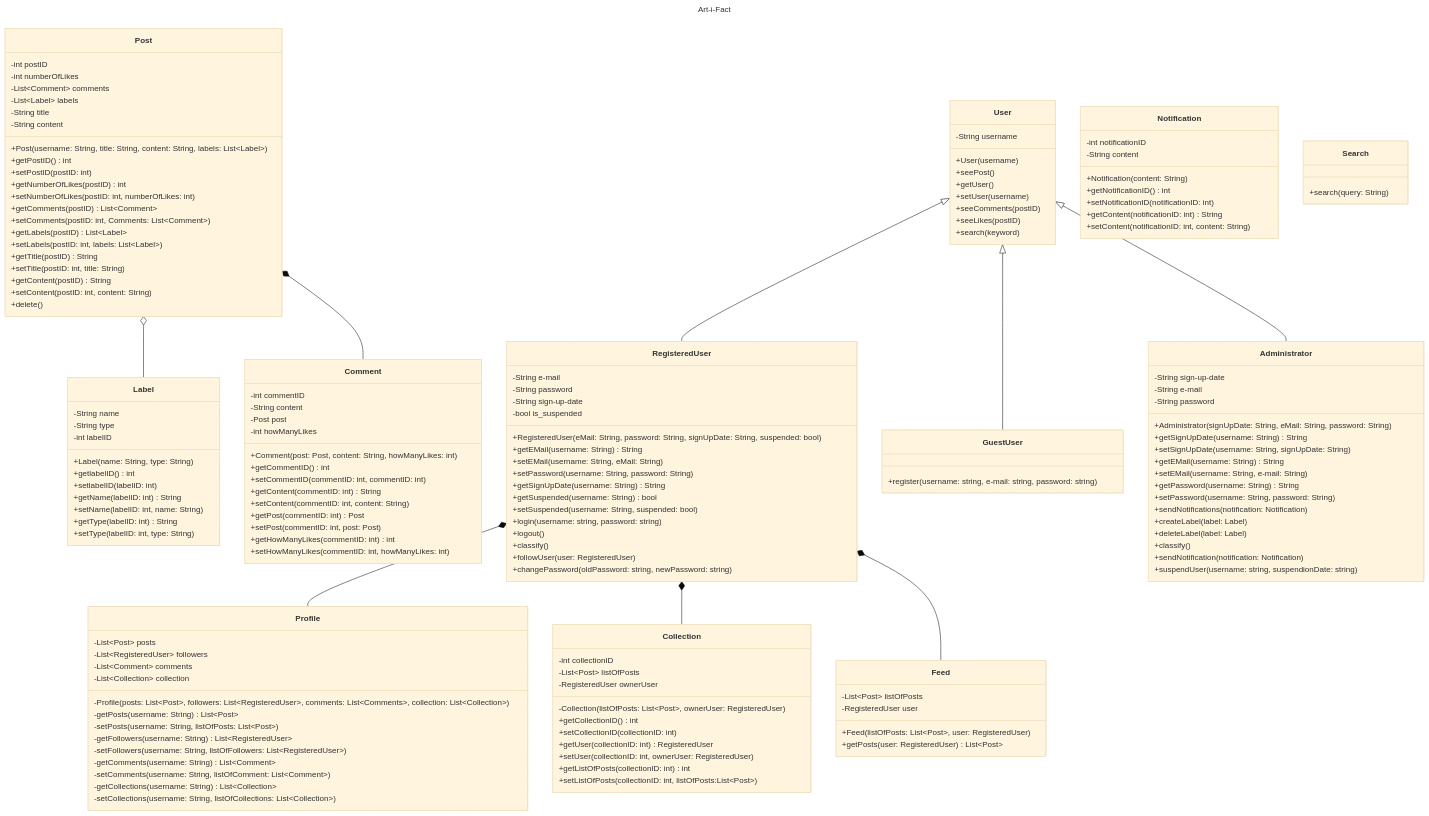
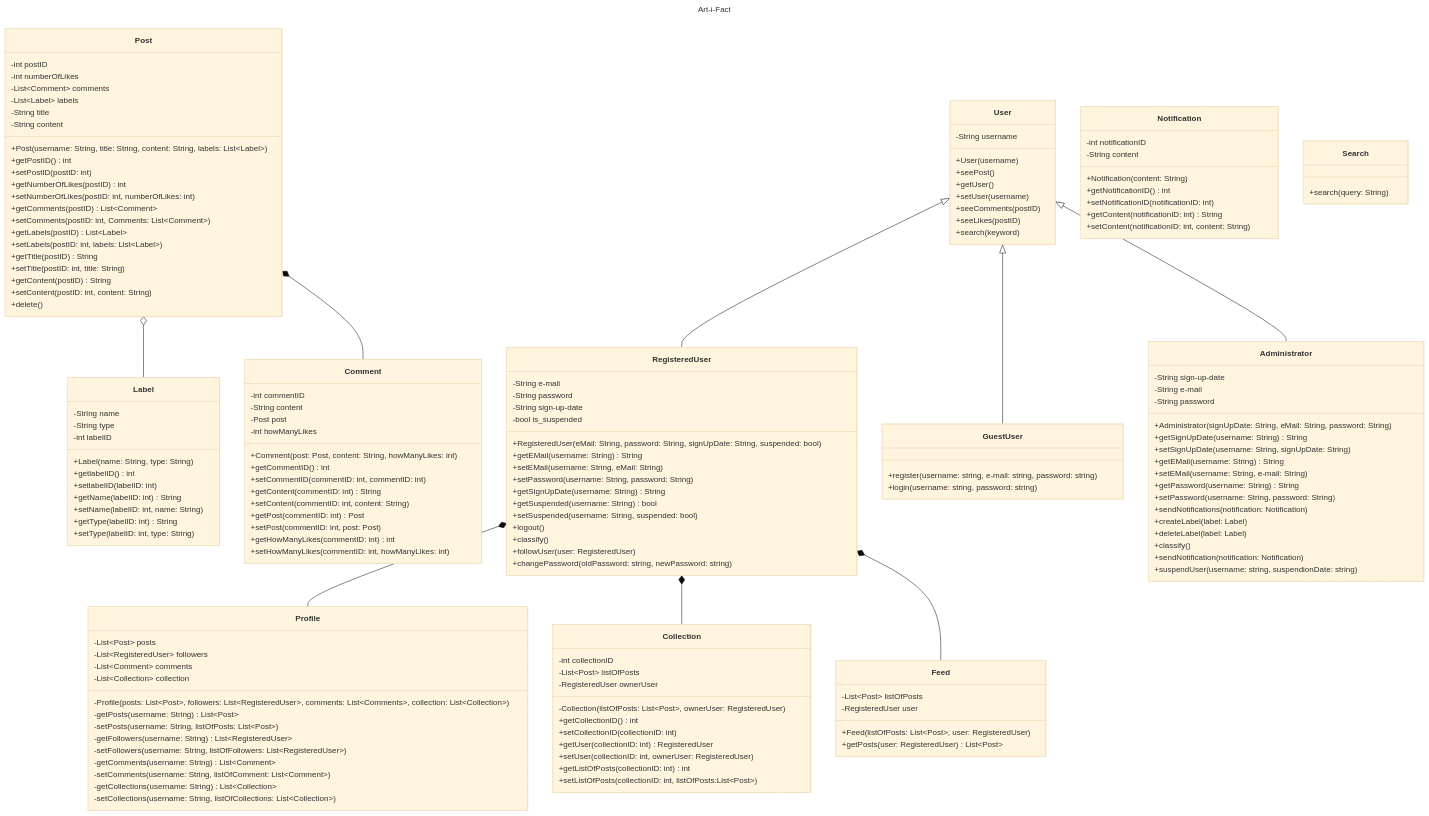
One commit to bounswe/bounswe2024group7 changed the diagram in Class-Diagram.mmd. Above: the diagram before and after it, drawn with Mermaid (base theme). The commit also changed other lines of this file, not shown here.

```diff
--- a/Class-Diagram.mmd
+++ b/Class-Diagram.mmd
@@ -1,154 +1,154 @@
 ---
 title: Art-i-Fact
 ---
 classDiagram
     Post o-- Label    
     RegisteredUser *-- Profile
     User <|-- RegisteredUser
     User <|-- GuestUser
     User <|-- Administrator
     RegisteredUser *-- Collection
     RegisteredUser *-- Feed
     Post *-- Comment
 
     User : -String username
     User: +User(username)
     User: +seePost()
     User: +getUser()
     User: +setUser(username)
     User: +seeComments(postID)
     User: +seeLikes(postID)
     User: +search(keyword)
     class RegisteredUser{
         -String e-mail
         -String password
         -String sign-up-date
         -bool is_suspended
         +RegisteredUser(eMail: String, password: String, signUpDate: String, suspended: bool)
         +getEMail(username: String) String
         +setEMail(username: String, eMail: String)
         +setPassword(username: String, password: String)
         +getSignUpDate(username: String) String
         +getSuspended(username: String) bool
         +setSuspended(username: String, suspended: bool)
-        +login(username: string, password: string)
         +logout()
         +classify()
         +followUser(user: RegisteredUser)
         +changePassword(oldPassword: string, newPassword: string)
     }
     class GuestUser{
         +register(username: string, e-mail: string, password: string)
+        +login(username: string, password: string)
     }
     class Administrator{
         -String sign-up-date
         -String e-mail
         -String password
         +Administrator(signUpDate: String, eMail: String, password: String)
         +getSignUpDate(username: String) String
         +setSignUpDate(username: String, signUpDate: String)
         +getEMail(username: String) String
         +setEMail(username: String, e-mail: String)
         +getPassword(username: String) String
         +setPassword(username: String, password: String)
         +sendNotifications(notification: Notification)
         +createLabel(label: Label)
         +deleteLabel(label: Label)
         +classify()
         +sendNotification(notification: Notification)
         +suspendUser(username: string, suspendionDate: string)
     }
     class Post{
         -int postID
         -int numberOfLikes
         -List~Comment~ comments
         -List~Label~ labels
         -String title
         -String content
         +Post(username: String, title: String, content: String, labels: List~Label~)
         +getPostID() int
         +setPostID(postID: int)
         +getNumberOfLikes(postID) int
         +setNumberOfLikes(postID: int, numberOfLikes: int)
         +getComments(postID) List~Comment~ 
         +setComments(postID: int, Comments: List~Comment~)
         +getLabels(postID) List~Label~ 
         +setLabels(postID: int, labels: List~Label~)
         +getTitle(postID) String
         +setTitle(postID: int, title: String)
         +getContent(postID) String
         +setContent(postID: int, content: String)
         +delete()
     }
     class Label{
         -String name
         -String type
         -int labelID
         +Label(name: String, type: String)
         +getlabelID() int
         +setlabelID(labelID: int)
         +getName(labelID: int) String
         +setName(labelID: int, name: String)
         +getType(labelID: int) String
         +setType(labelID: int, type: String)
     }    
     class Collection{
         -int collectionID
         -List~Post~ listOfPosts
         -RegisteredUser ownerUser
         -Collection(listOfPosts: List~Post~, ownerUser: RegisteredUser)
         +getCollectionID() int
         +setCollectionID(collectionID: int)
         +getUser(collectionID: int) RegisteredUser
         +setUser(collectionID: int, ownerUser: RegisteredUser)
         +getListOfPosts(collectionID: int) int
         +setListOfPosts(collectionID: int, listOfPosts:List~Post~)
     }
     class Notification{
         -int notificationID
         -String content
         +Notification(content: String)
         +getNotificationID() int
         +setNotificationID(notificationID: int)
         +getContent(notificationID: int) String
         +setContent(notificationID: int, content: String)
     }
     class Comment{
         -int commentID
         -String content
         -Post post
         -int howManyLikes
         +Comment(post: Post, content: String, howManyLikes: int)
         +getCommentID() int
         +setCommentID(commentID: int, commentID: int)
         +getContent(commentID: int) String
         +setContent(commentID: int, content: String)
         +getPost(commentID: int) Post
         +setPost(commentID: int, post: Post)
         +getHowManyLikes(commentID: int) int
         +setHowManyLikes(commentID: int, howManyLikes: int)
     }
     class Feed{
         -List~Post~ listOfPosts
         -RegisteredUser user
         +Feed(listOfPosts: List~Post~, user: RegisteredUser)
         +getPosts(user: RegisteredUser) List~Post~
     }
     class Profile{
         -List~Post~ posts
         -List~RegisteredUser~ followers
         -List~Comment~ comments
         -List~Collection~ collection
         -Profile(posts: List~Post~, followers: List~RegisteredUser~, comments: List~Comments~, collection: List~Collection~)
         -getPosts(username: String) List~Post~
         -setPosts(username: String, listOfPosts: List~Post~)
         -getFollowers(username: String) List~RegisteredUser~
         -setFollowers(username: String, listOfFollowers: List~RegisteredUser~)
         -getComments(username: String) List~Comment~
         -setComments(username: String, listOfComment: List~Comment~)
         -getCollections(username: String) List~Collection~
         -setCollections(username: String, listOfCollections: List~Collection~)
     }
     class Search{
         +search(query: String)
     }
```
